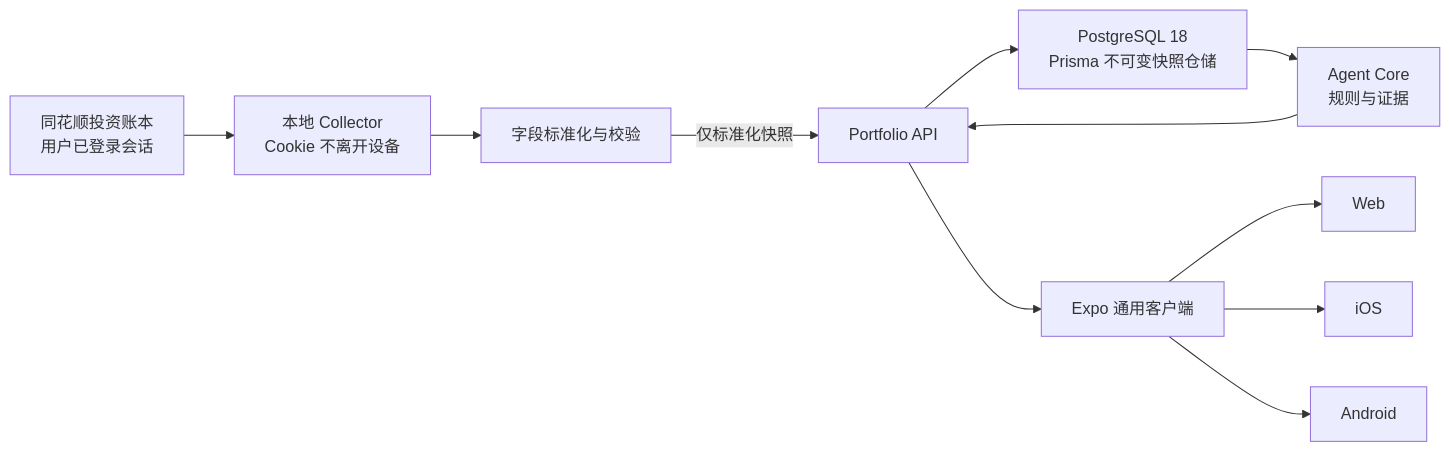
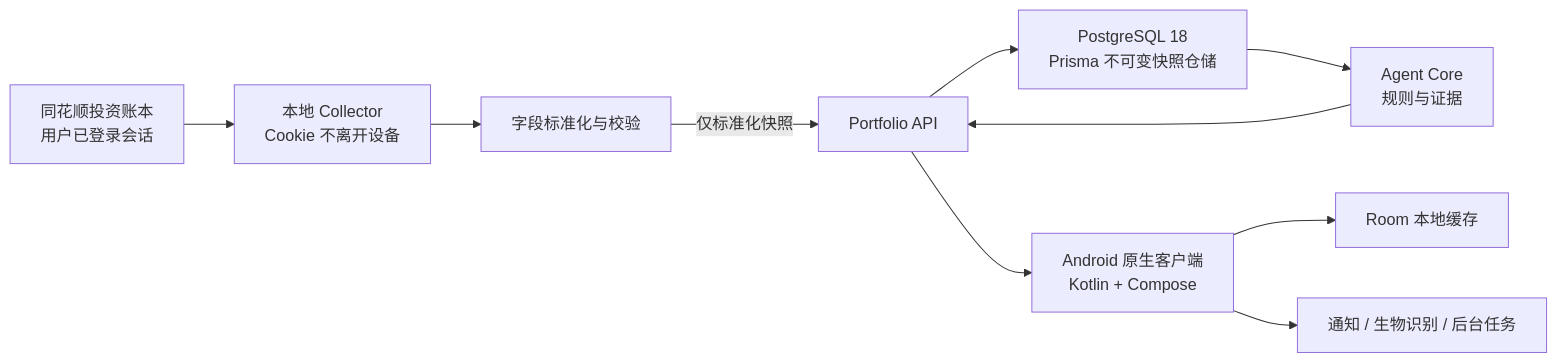
One commit to liuxzzz/portfolio-dashboard-agent changed the diagram in docs/architecture.md. Above: the diagram before and after it, drawn with Mermaid. The commit also changed other lines of this file and 42 other files, not shown here.

````diff
--- a/docs/architecture.md
+++ b/docs/architecture.md
@@ -5,13 +5,12 @@
 ```mermaid
 flowchart LR
     A["同花顺投资账本\n用户已登录会话"] --> B["本地 Collector\nCookie 不离开设备"]
     B --> C["字段标准化与校验"]
     C -->|"仅标准化快照"| D["Portfolio API"]
     D --> E["PostgreSQL 18\nPrisma 不可变快照仓储"]
     E --> F["Agent Core\n规则与证据"]
     F --> D
-    D --> G["Expo 通用客户端"]
-    G --> H["Web"]
-    G --> I["iOS"]
-    G --> J["Android"]
+    D --> G["Android 原生客户端\nKotlin + Compose"]
+    G --> H["Room 本地缓存"]
+    G --> I["通知 / 生物识别 / 后台任务"]
 ```
````
